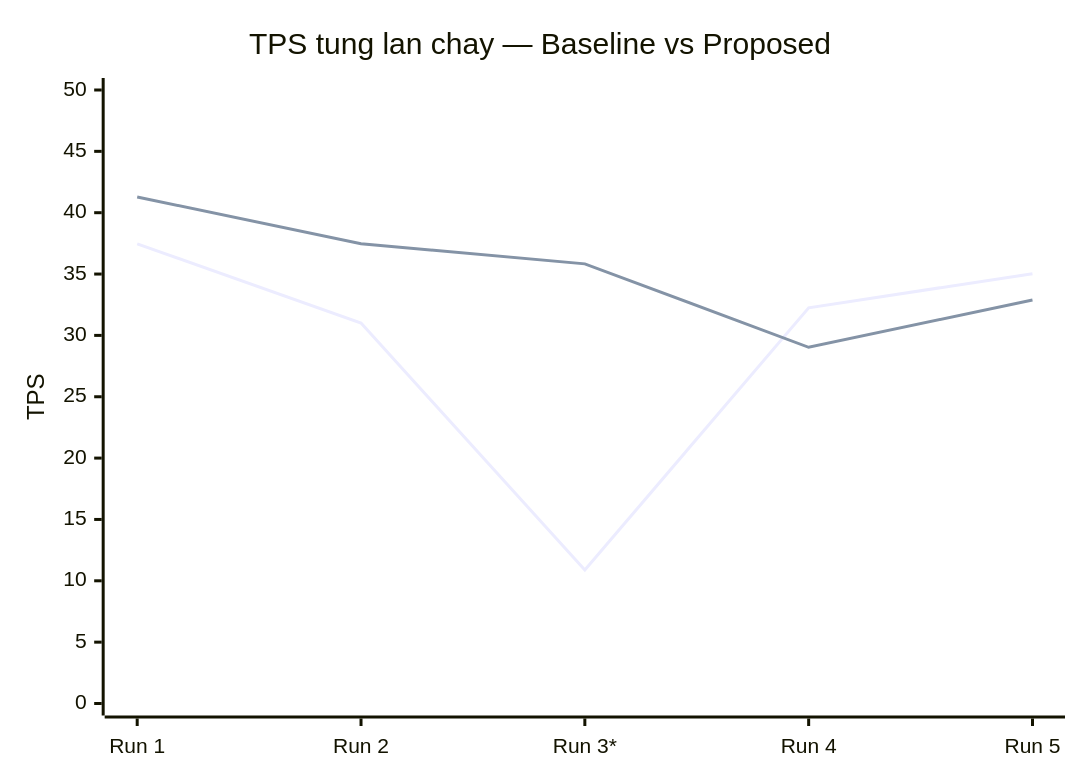
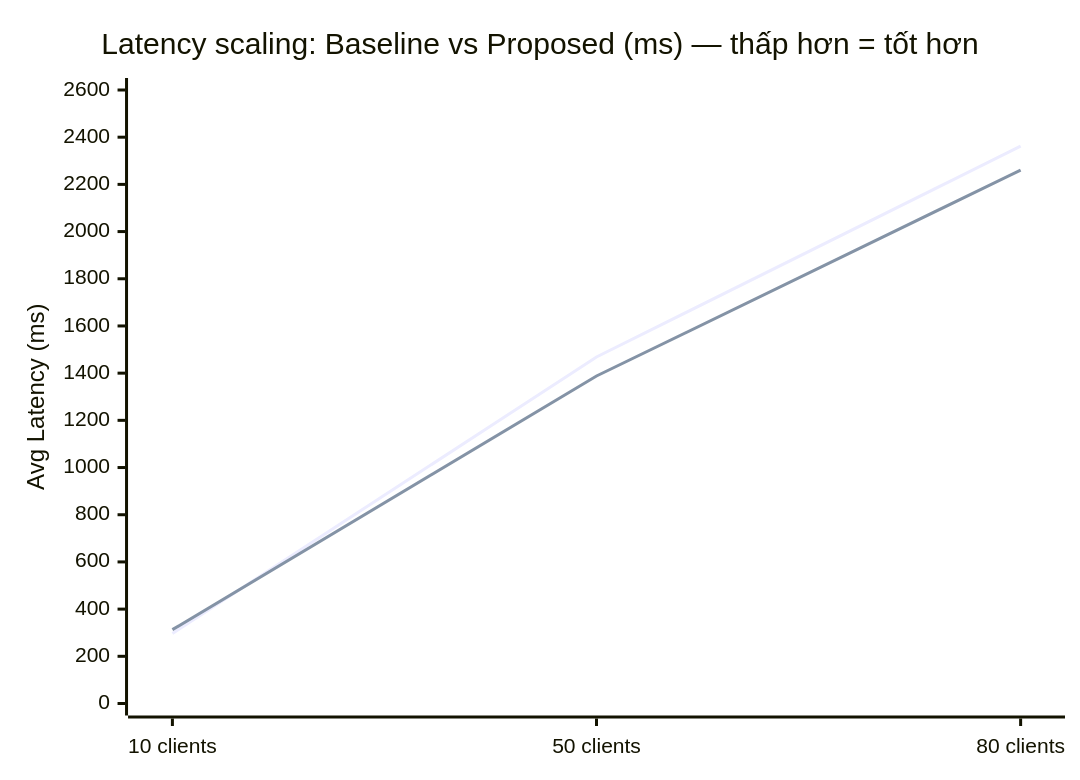
The third of 10 diagrams in docs/results-summary.md (rubyhcm/csdl), drawn with Mermaid before and after one commit. The commit also changed other lines of this file and 22 other files, not shown here.

````diff
--- a/docs/results-summary.md
+++ b/docs/results-summary.md
@@ -75,8 +77,8 @@
 ```mermaid
 xychart-beta
-    title "TPS tung lan chay — Baseline vs Proposed"
-    x-axis ["Run 1", "Run 2", "Run 3*", "Run 4", "Run 5"]
-    y-axis "TPS" 0 --> 50
-    line [37.46, 31.01, 10.88, 32.25, 35.03]
-    line [41.28, 37.47, 35.83, 29.03, 32.89]
+    title "Latency scaling: Baseline vs Proposed (ms) — thấp hơn = tốt hơn"
+    x-axis ["10 clients", "50 clients", "80 clients"]
+    y-axis "Avg Latency (ms)" 0 --> 2600
+    line [297.1, 1468.4, 2361.9]
+    line [313.0, 1387.9, 2260.5]
 ```
````
